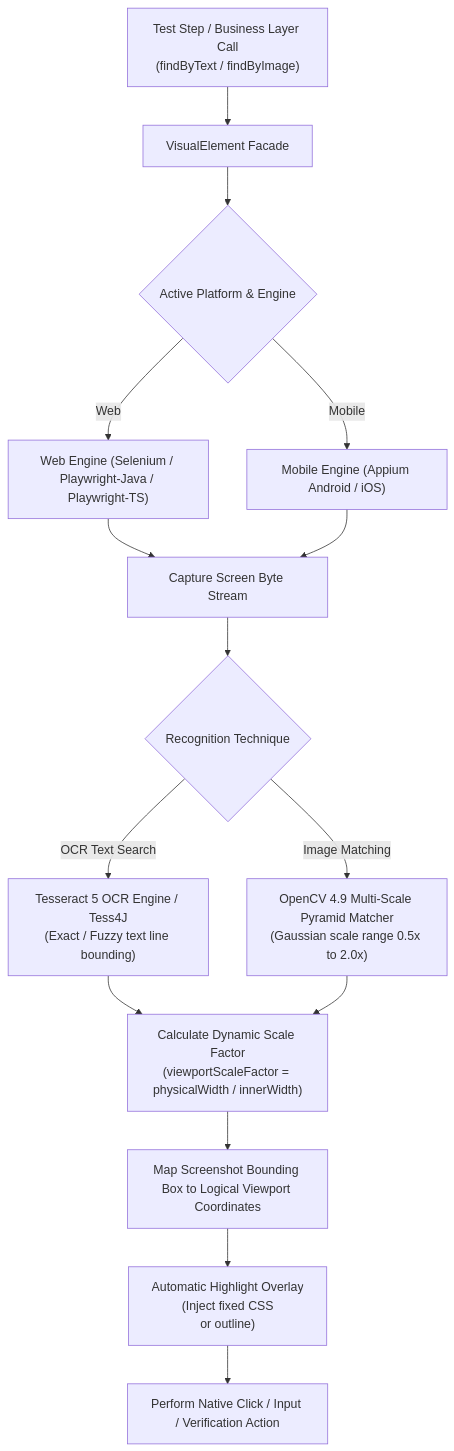
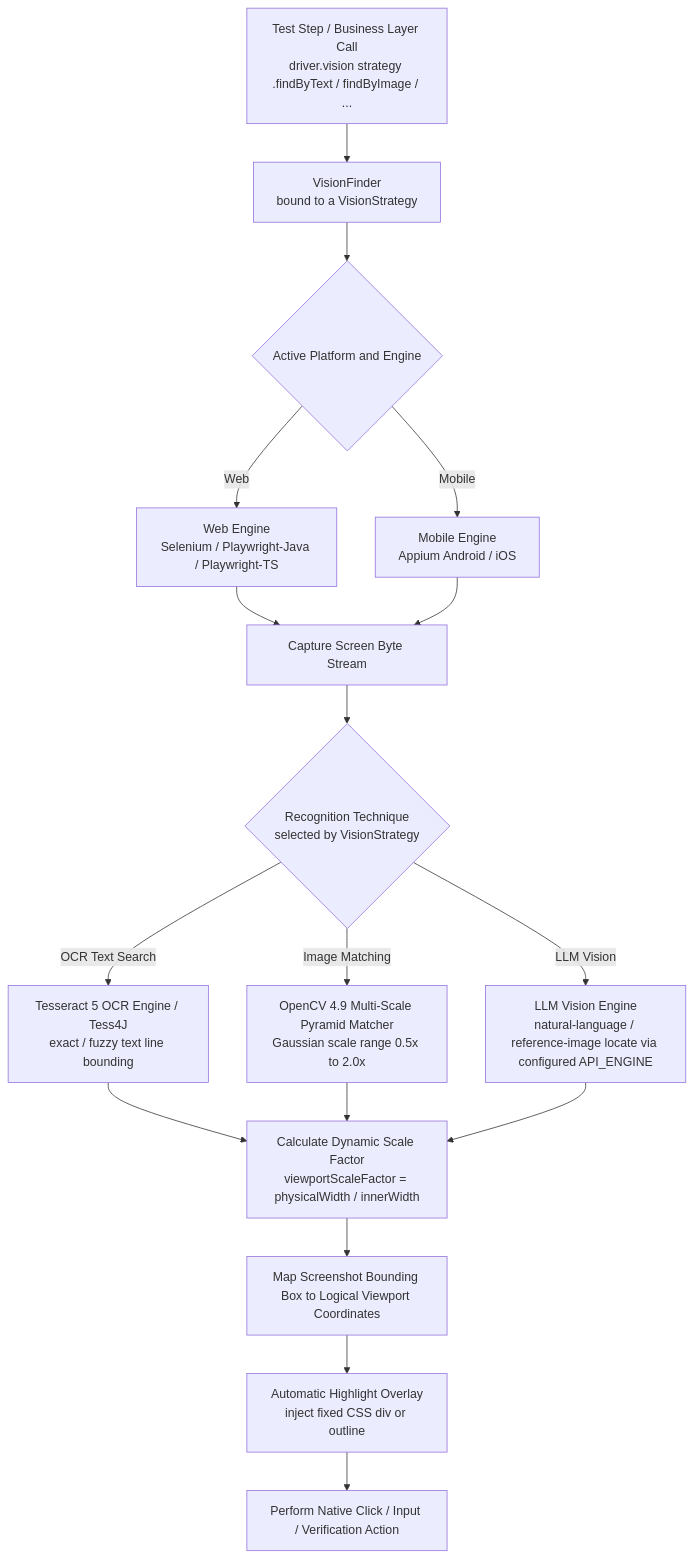
One commit to anandbagmar/teswiz changed the first of 2 diagrams in docs/subsystems/ocr-and-image-recognition.md. Above: the diagram before and after it, drawn with Mermaid. The commit also changed other lines of this file and 145 other files, not shown here.

First line of the commit message:
Add LLM vision locator: providers, read-value API, configurable health-check (#41)

````diff
--- a/docs/subsystems/ocr-and-image-recognition.md
+++ b/docs/subsystems/ocr-and-image-recognition.md
@@ -49,22 +59,24 @@
 ```mermaid
 flowchart TD
-    A["Test Step / Business Layer Call<br/>(findByText / findByImage)"] --> B["VisualElement Facade"]
-    B --> C{"Active Platform & Engine"}
-    
-    C -->|Web| D1["Web Engine (Selenium / Playwright-Java / Playwright-TS)"]
-    C -->|Mobile| D2["Mobile Engine (Appium Android / iOS)"]
+    A["Test Step / Business Layer Call<br/>driver.vision strategy .findByText / findByImage / ..."] --> B["VisionFinder<br/>bound to a VisionStrategy"]
+    B --> C{"Active Platform and Engine"}
+
+    C -->|Web| D1["Web Engine<br/>Selenium / Playwright-Java / Playwright-TS"]
+    C -->|Mobile| D2["Mobile Engine<br/>Appium Android / iOS"]
 
     D1 --> E["Capture Screen Byte Stream"]
     D2 --> E
 
-    E --> F{"Recognition Technique"}
-    F -->|OCR Text Search| G1["Tesseract 5 OCR Engine / Tess4J<br/>(Exact / Fuzzy text line bounding)"]
-    F -->|Image Matching| G2["OpenCV 4.9 Multi-Scale Pyramid Matcher<br/>(Gaussian scale range 0.5x to 2.0x)"]
+    E --> F{"Recognition Technique<br/>selected by VisionStrategy"}
+    F -->|OCR Text Search| G1["Tesseract 5 OCR Engine / Tess4J<br/>exact / fuzzy text line bounding"]
+    F -->|Image Matching| G2["OpenCV 4.9 Multi-Scale Pyramid Matcher<br/>Gaussian scale range 0.5x to 2.0x"]
+    F -->|LLM Vision| G3["LLM Vision Engine<br/>natural-language / reference-image locate via configured API_ENGINE"]
 
-    G1 --> H["Calculate Dynamic Scale Factor<br/>(viewportScaleFactor = physicalWidth / innerWidth)"]
+    G1 --> H["Calculate Dynamic Scale Factor<br/>viewportScaleFactor = physicalWidth / innerWidth"]
     G2 --> H
+    G3 --> H
 
     H --> I["Map Screenshot Bounding Box to Logical Viewport Coordinates"]
-    I --> J["Automatic Highlight Overlay<br/>(Inject fixed CSS <div> or outline)"]
+    I --> J["Automatic Highlight Overlay<br/>inject fixed CSS div or outline"]
     J --> K["Perform Native Click / Input / Verification Action"]
 ```
````
